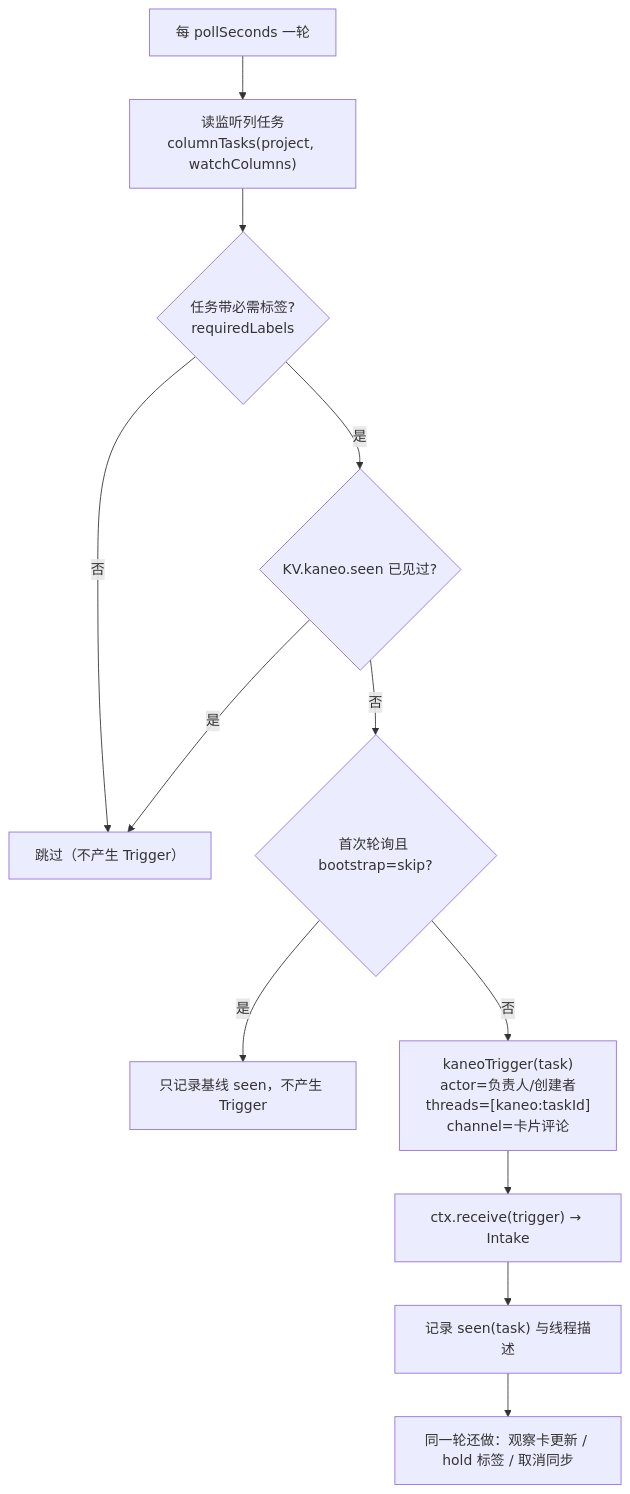
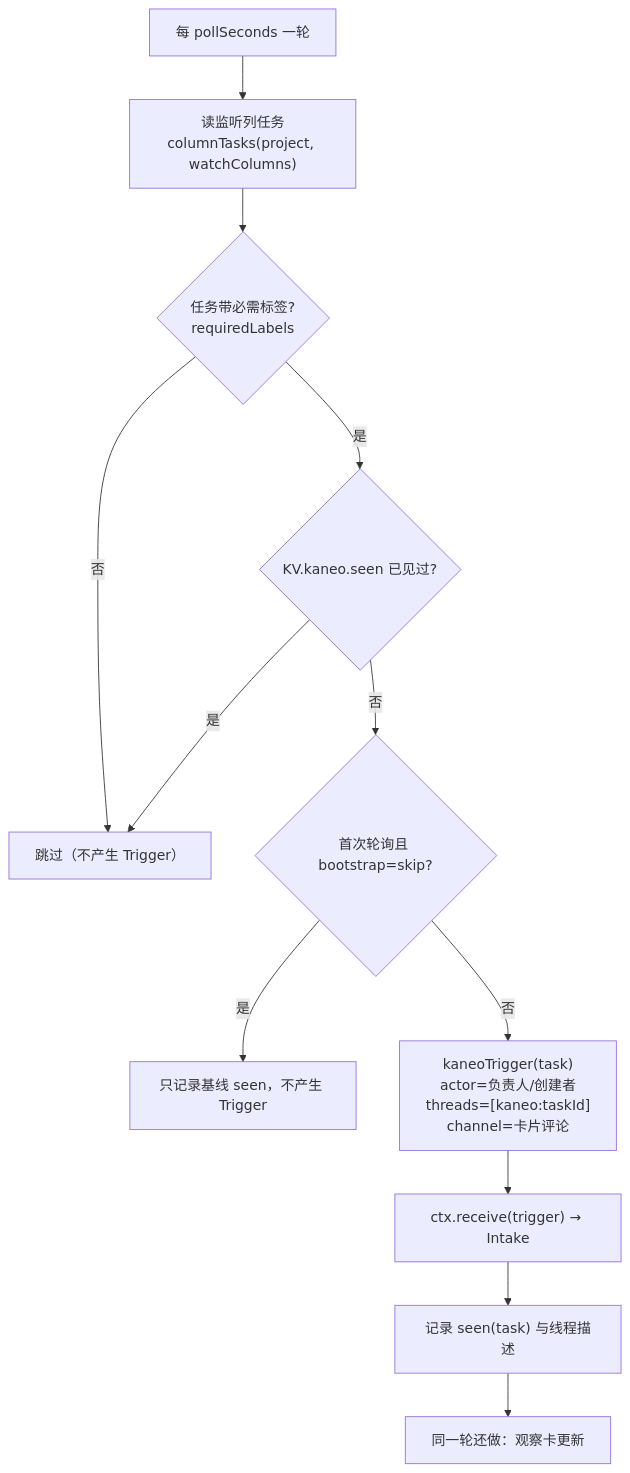
Before and after one commit to wuzhiping/superagent: the second of 15 diagrams in FLOW.md, drawn with Mermaid. The commit also changed other lines of this file and 38 other files, not shown here.

````diff
--- a/FLOW.md
+++ b/FLOW.md
@@ -81,14 +81,14 @@
 ```mermaid
 flowchart TD
   A["每 pollSeconds 一轮"] --> B["读监听列任务<br/>columnTasks(project, watchColumns)"]
   B --> C{"任务带必需标签?<br/>requiredLabels"}
   C -- 否 --> Z["跳过（不产生 Trigger）"]
   C -- 是 --> D{"KV.kaneo.seen 已见过?"}
   D -- 是 --> Z
   D -- 否 --> E{"首次轮询且 bootstrap=skip?"}
   E -- 是 --> F["只记录基线 seen，不产生 Trigger"]
   E -- 否 --> G["kaneoTrigger(task)<br/>actor=负责人/创建者<br/>threads=[kaneo:taskId]<br/>channel=卡片评论"]
   G --> H["ctx.receive(trigger) → Intake"]
   H --> I["记录 seen(task) 与线程描述"]
-  I --> J["同一轮还做：观察卡更新 / hold 标签 / 取消同步"]
+  I --> J["同一轮还做：观察卡更新"]
 ```
````
